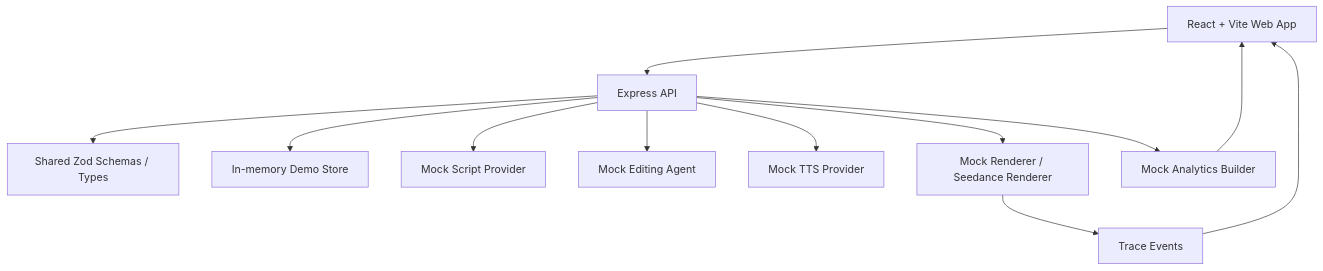
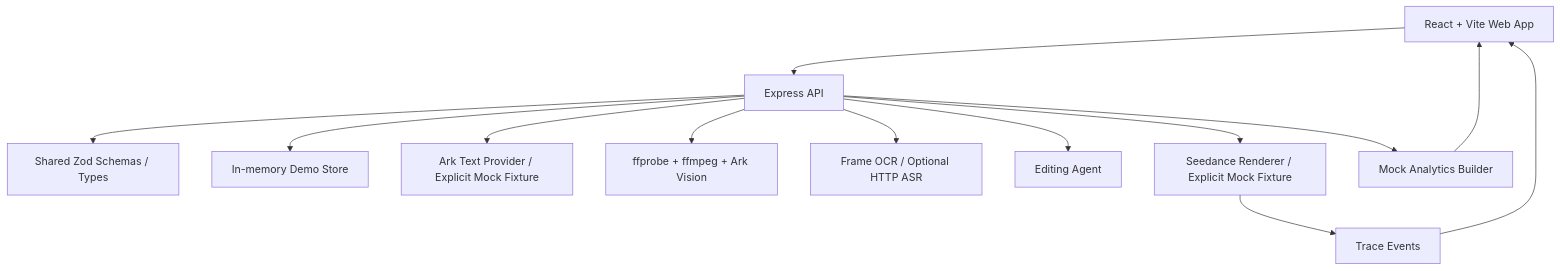
The diagram in README.md (Jankin-Chen123/shopclip-ai), drawn with Mermaid before and after one commit. The commit also changed other lines of this file and 53 other files, not shown here.

````diff
--- a/README.md
+++ b/README.md
@@ -150,14 +157,15 @@
 ```mermaid
 flowchart TD
   Web["React + Vite Web App"] --> API["Express API"]
   API --> Contracts["Shared Zod Schemas / Types"]
   API --> Store["In-memory Demo Store"]
-  API --> Script["Mock Script Provider"]
-  API --> Agent["Mock Editing Agent"]
-  API --> TTS["Mock TTS Provider"]
-  API --> Renderer["Mock Renderer / Seedance Renderer"]
+  API --> Script["Ark Text Provider / Explicit Mock Fixture"]
+  API --> Vision["ffprobe + ffmpeg + Ark Vision"]
+  API --> OCR["Frame OCR / Optional HTTP ASR"]
+  API --> Agent["Editing Agent"]
+  API --> Renderer["Seedance Renderer / Explicit Mock Fixture"]
   API --> Dashboard["Mock Analytics Builder"]
   Renderer --> Trace["Trace Events"]
   Trace --> Web
   Dashboard --> Web
 ```
````
